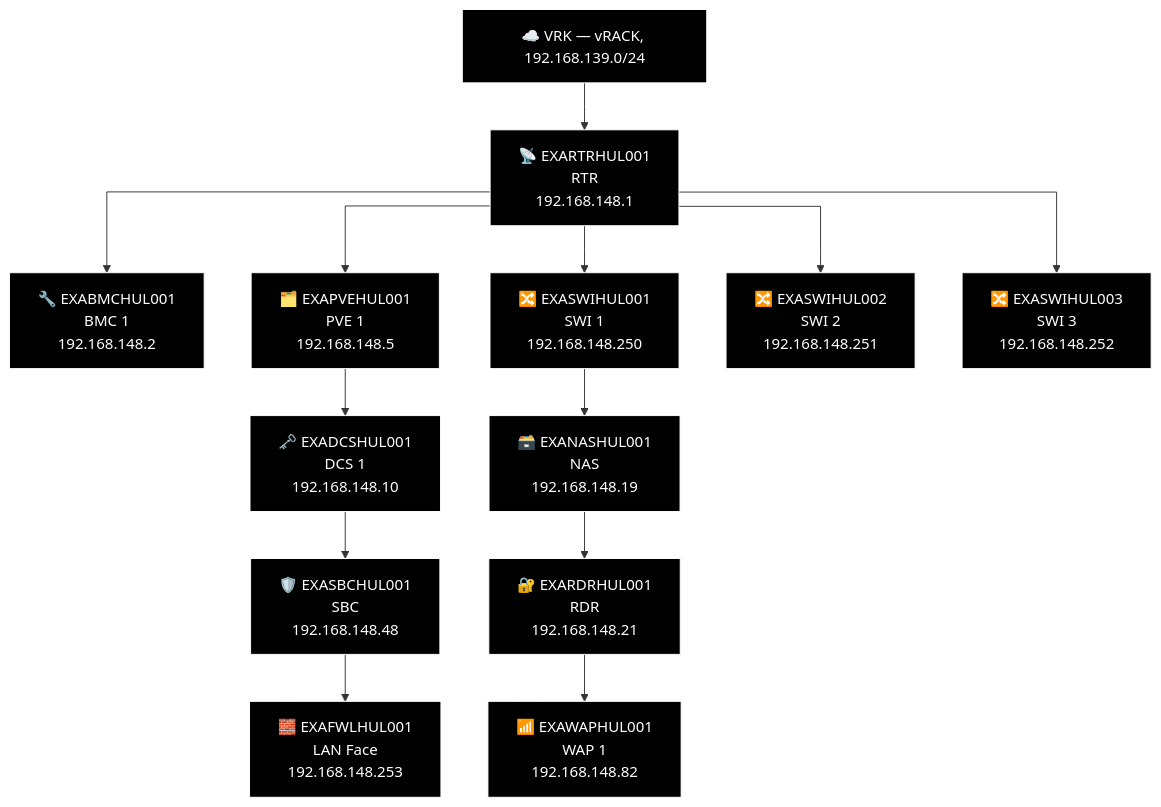
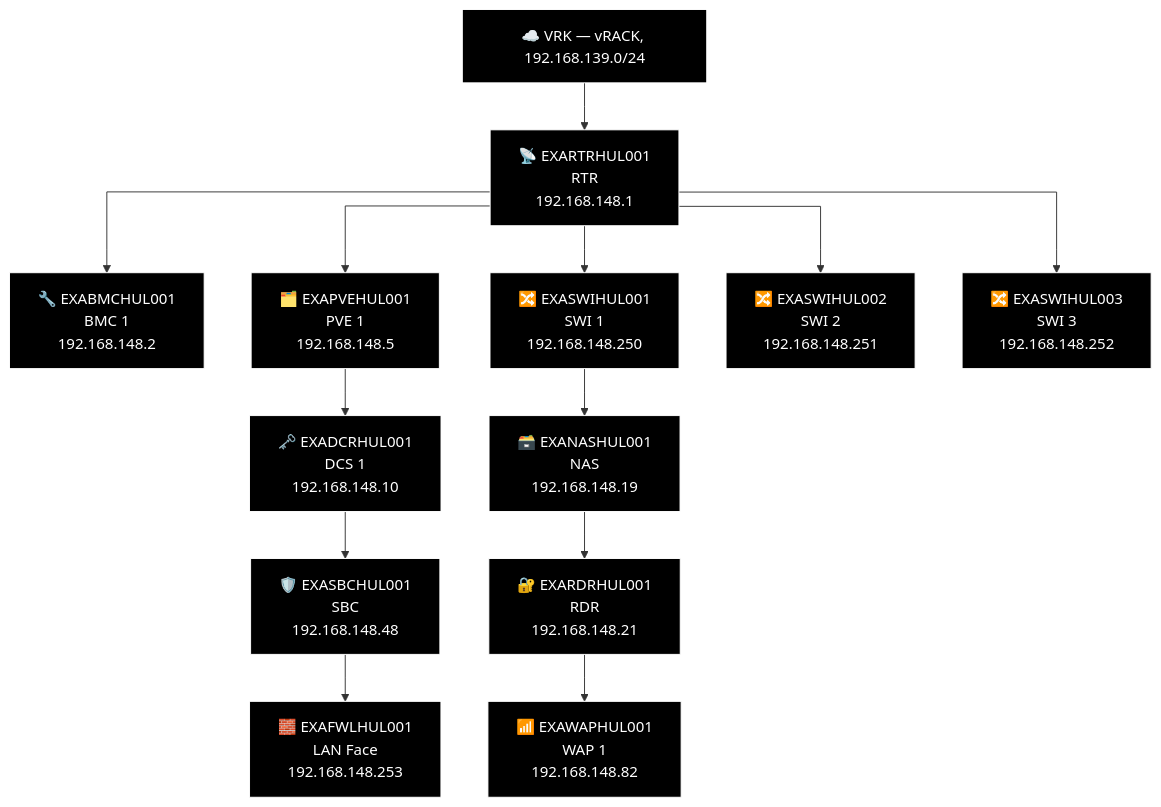
Before and after one commit to knightmare2600/example_music_infra: diagram 24 of 27 in docs/network-diagram/england.md, drawn with Mermaid. The commit also changed other lines of this file and 8 other files, not shown here.

````diff
--- a/docs/network-diagram/england.md
+++ b/docs/network-diagram/england.md
@@ -1104,40 +1089,40 @@
 ```mermaid
 %% GENERATED:TOPOLOGY:HUL:START
 %%{init: {'flowchart': {'curve': 'stepAfter'}}}%%
 graph TD
     T_VRK["☁️ VRK — vRACK, 192.168.139.0/24"]
     T_RTR["📡 EXARTRHUL001<br/>RTR<br/>192.168.148.1"]
     T_VRK --> T_RTR
     T_BMC["🔧 EXABMCHUL001<br/>BMC 1<br/>192.168.148.2"]
     T_RTR --> T_BMC
     T_PVE["🗂️ EXAPVEHUL001<br/>PVE 1<br/>192.168.148.5"]
     T_RTR --> T_PVE
     T_SWI["🔀 EXASWIHUL001<br/>SWI 1<br/>192.168.148.250"]
     T_RTR --> T_SWI
     T_SWI2["🔀 EXASWIHUL002<br/>SWI 2<br/>192.168.148.251"]
     T_RTR --> T_SWI2
     T_SWI3["🔀 EXASWIHUL003<br/>SWI 3<br/>192.168.148.252"]
     T_RTR --> T_SWI3
     T_NAS["🗃️ EXANASHUL001<br/>NAS<br/>192.168.148.19"]
     T_RDR["🔐 EXARDRHUL001<br/>RDR<br/>192.168.148.21"]
     T_WAP["📶 EXAWAPHUL001<br/>WAP 1<br/>192.168.148.82"]
     T_SWI --> T_NAS --> T_RDR --> T_WAP
-    T_DCS["🗝️ EXADCSHUL001<br/>DCS 1<br/>192.168.148.10"]
+    T_DCS["🗝️ EXADCRHUL001<br/>DCS 1<br/>192.168.148.10"]
     T_SBC["🛡️ EXASBCHUL001<br/>SBC<br/>192.168.148.48"]
     T_FWL["🧱 EXAFWLHUL001<br/>LAN Face<br/>192.168.148.253"]
     T_PVE --> T_DCS --> T_SBC --> T_FWL
     style T_VRK fill:#000000,stroke:#FFFFFF,color:#FFFFFF
     style T_RTR fill:#000000,stroke:#FFFFFF,color:#FFFFFF
     style T_BMC fill:#000000,stroke:#FFFFFF,color:#FFFFFF
     style T_PVE fill:#000000,stroke:#FFFFFF,color:#FFFFFF
     style T_SWI fill:#000000,stroke:#FFFFFF,color:#FFFFFF
     style T_SWI2 fill:#000000,stroke:#FFFFFF,color:#FFFFFF
     style T_SWI3 fill:#000000,stroke:#FFFFFF,color:#FFFFFF
     style T_NAS fill:#000000,stroke:#FFFFFF,color:#FFFFFF
     style T_RDR fill:#000000,stroke:#FFFFFF,color:#FFFFFF
     style T_WAP fill:#000000,stroke:#FFFFFF,color:#FFFFFF
     style T_DCS fill:#000000,stroke:#FFFFFF,color:#FFFFFF
     style T_SBC fill:#000000,stroke:#FFFFFF,color:#FFFFFF
     style T_FWL fill:#000000,stroke:#FFFFFF,color:#FFFFFF
 %% GENERATED:TOPOLOGY:HUL:END
 ```
````
